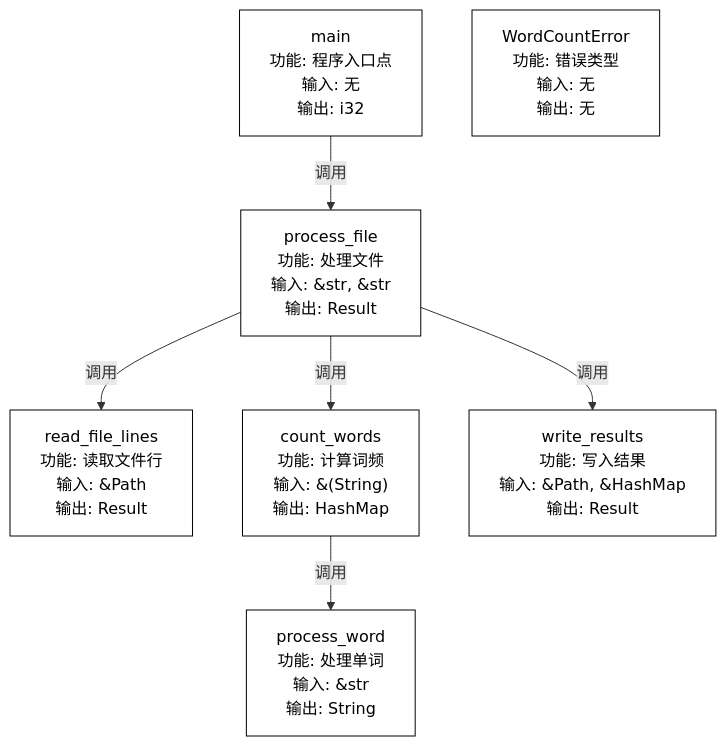
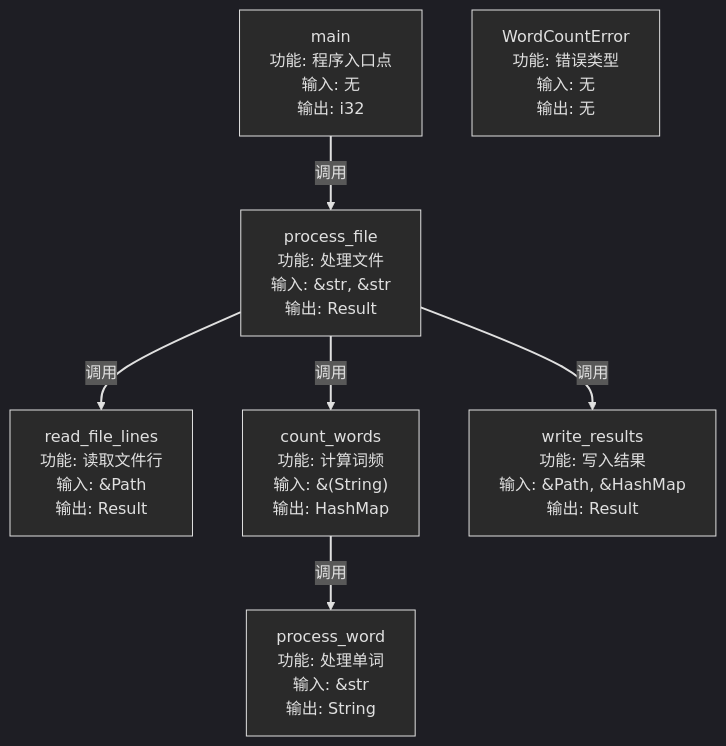
Before and after one commit to wubin28/wuzhenbens_playground: the diagram in word_count_rust/README.md, drawn with Mermaid.

Commit message:
docs:word_count_rust: change the theme of the function call diagram to fit the dark slides

````diff
--- a/word_count_rust/README.md
+++ b/word_count_rust/README.md
@@ -3,22 +3,25 @@
 ```mermaid
+%%{init: {'theme': 'dark', 'themeVariables': { 'primaryColor': '#e0e0e0', 'textColor': '#e0e0e0', 'lineColor': '#e0e0e0'}}}%%
 graph TD
-    classDef default fill:#ffffff,stroke:#000000,color:#000000;
+    classDef default fill:#2a2a2a,stroke:#e0e0e0,color:#e0e0e0;
 
     A["main<br>功能: 程序入口点<br>输入: 无<br>输出: i32"] -->|调用| B
 
     B["process_file<br>功能: 处理文件<br>输入: &str, &str<br>输出: Result"]
     B -->|调用| C
     B -->|调用| D
     B -->|调用| E
 
     C["read_file_lines<br>功能: 读取文件行<br>输入: &Path<br>输出: Result"]
 
     D["count_words<br>功能: 计算词频<br>输入: &(String)<br>输出: HashMap"]
     D -->|调用| F
 
     E["write_results<br>功能: 写入结果<br>输入: &Path, &HashMap<br>输出: Result"]
 
     F["process_word<br>功能: 处理单词<br>输入: &str<br>输出: String"]
 
     G["WordCountError<br>功能: 错误类型<br>输入: 无<br>输出: 无"]
+
+    linkStyle default stroke:#e0e0e0,stroke-width:2px
 ```
````
